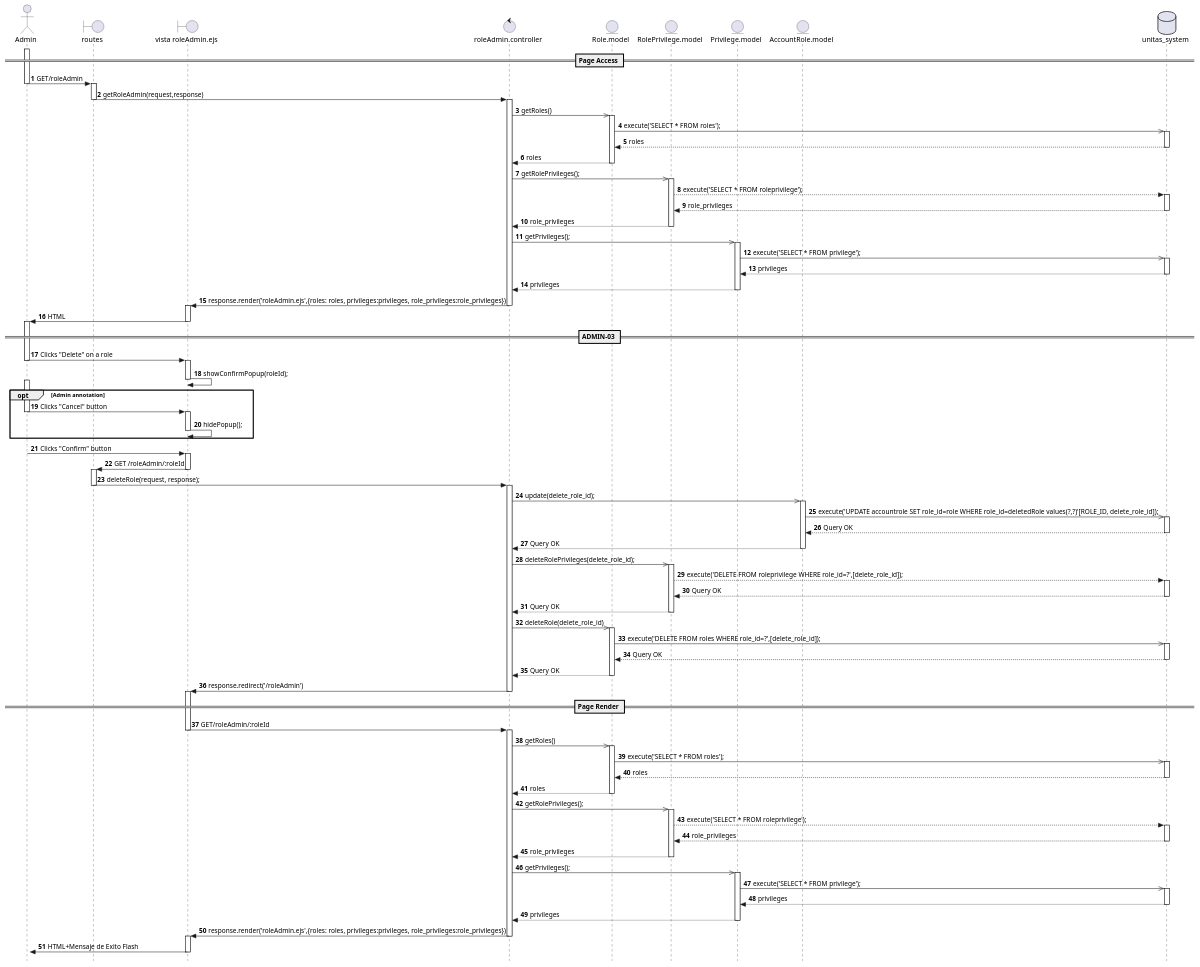
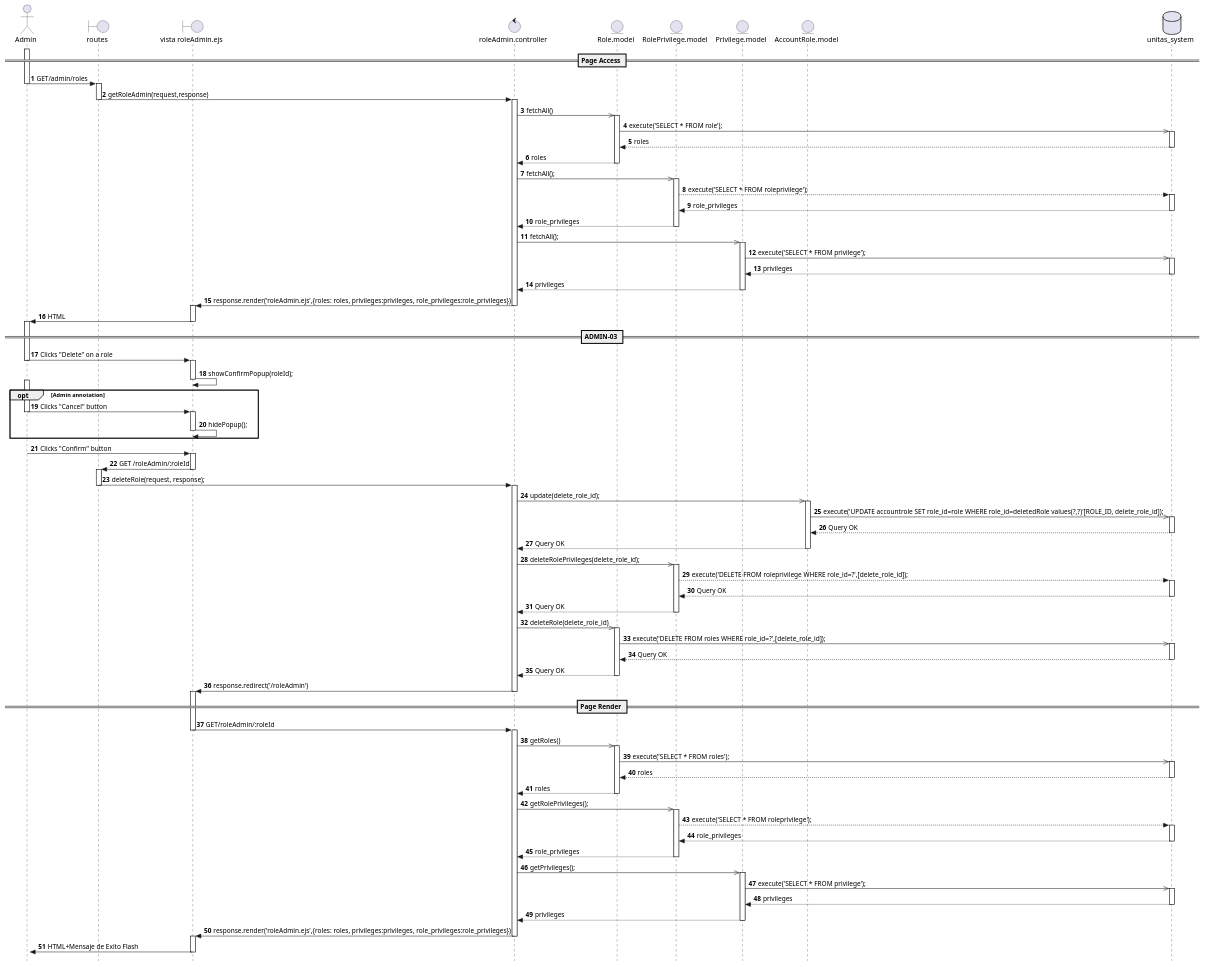
One commit to Berthou05/LimboSoftwareDevelopment_Change.org changed the diagram in documentation/sequence_diagrams/ADMIN-03-SD.puml. Above: the diagram before and after it, drawn with PlantUML. The commit also changed 2 other files, not shown here.

Commit message:
[FEAT]: Addition of roleAdmin page information obtantion and render.

```diff
--- a/documentation/sequence_diagrams/ADMIN-03-SD.puml
+++ b/documentation/sequence_diagrams/ADMIN-03-SD.puml
@@ -1,145 +1,145 @@
 @startuml
 skinparam style strictuml
 
 actor Admin as A   
 boundary "routes" as RO
 boundary "vista roleAdmin.ejs" as V
 control "roleAdmin.controller" as C
 entity "Role.model" as R
 entity "RolePrivilege.model" as RP
 entity "Privilege.model" as P
 entity "AccountRole.model" as AR
 database "unitas_system" as BD
 autonumber
 
 activate A
 == Page Access ==
 
-A -> RO:GET/roleAdmin
+A -> RO:GET/admin/roles
 deactivate A
     activate RO
     RO -> C:getRoleAdmin(request,response)
     deactivate RO
         activate C
-        C ->> R:getRoles()
+        C ->> R:fetchAll()
             activate R
-            R->>BD:execute('SELECT * FROM roles');
+            R->>BD:execute('SELECT * FROM role');
                 activate BD
                 BD-->R:roles
                 deactivate BD
             R-->C:roles
             deactivate R
-        C->>RP:getRolePrivileges();
+        C->>RP:fetchAll();
             activate RP
             RP-->BD:execute('SELECT * FROM roleprivilege');
                 activate BD
                 BD-->RP:role_privileges
                 deactivate BD
             RP-->C:role_privileges
             deactivate RP
-        C->>P:getPrivileges();
+        C->>P:fetchAll();
             activate P
             P->>BD:execute('SELECT * FROM privilege');
                 activate BD
                 BD-->P:privileges
                 deactivate BD
             P-->C:privileges
             deactivate P
             C->V: response.render('roleAdmin.ejs',{roles: roles, privileges:privileges, role_privileges:role_privileges})
         deactivate C
     activate V
     V->A:HTML
     deactivate V
 activate A
 == ADMIN-03 ==
 A->V:Clicks "Delete" on a role
 deactivate A
     activate V
     V->V:showConfirmPopup(roleId);
     deactivate V
 
 activate A
 opt Admin annotation
 A->V:Clicks "Cancel" button
 deactivate A
     activate V
     V->V:hidePopup();
     deactivate V
 end
 activate A
 
 A->V:Clicks "Confirm" button
 deactivate A
     activate V
     V->RO: GET /roleAdmin/:roleId
     deactivate V
         activate RO
         RO->C:deleteRole(request, response);
         deactivate RO
             activate C
                 C->>AR:update(delete_role_id);
                 activate AR    
                     AR->>BD:execute('UPDATE accountrole SET role_id=role WHERE role_id=deletedRole values(?,?)'[ROLE_ID, delete_role_id]);
                     activate BD
                     BD-->AR:Query OK
                     deactivate BD
                 AR-->C:Query OK
                 deactivate AR
 
                 C->>RP:deleteRolePrivileges(delete_role_id);
                     activate RP
                     RP-->BD:execute('DELETE FROM roleprivilege WHERE role_id=?',[delete_role_id]);
                         activate BD
                         BD-->RP:Query OK
                         deactivate BD
                     RP-->C:Query OK
                     deactivate RP
 
                 C ->> R:deleteRole(delete_role_id)
                     activate R
                     R->>BD:execute('DELETE FROM roles WHERE role_id=?',[delete_role_id]);
                         activate BD
                         BD-->R:Query OK
                         deactivate BD
                     R-->C:Query OK
                     deactivate R
                 C->V:response.redirect('/roleAdmin')
                 deactivate C
             activate V
             == Page Render ==
             V->C: GET/roleAdmin/:roleId
             deactivate V 
                 activate C 
                 
                 C ->> R:getRoles()
                     activate R
                     R->>BD:execute('SELECT * FROM roles');
                         activate BD
                         BD-->R:roles
                         deactivate BD
                     R-->C:roles
                     deactivate R
                 C->>RP:getRolePrivileges();
                     activate RP
                     RP-->BD:execute('SELECT * FROM roleprivilege');
                         activate BD
                         BD-->RP:role_privileges
                         deactivate BD
                     RP-->C:role_privileges
                     deactivate RP
                 C->>P:getPrivileges();
                     activate P
                     P->>BD:execute('SELECT * FROM privilege');
                         activate BD
                         BD-->P:privileges
                         deactivate BD
                     P-->C:privileges
                     deactivate P
                 C->V: response.render('roleAdmin.ejs',{roles: roles, privileges:privileges, role_privileges:role_privileges})
                 deactivate C
             activate V
             V->A:HTML+Mensaje de Exito Flash
             deactivate V
 activate A
 
 @enduml
```
